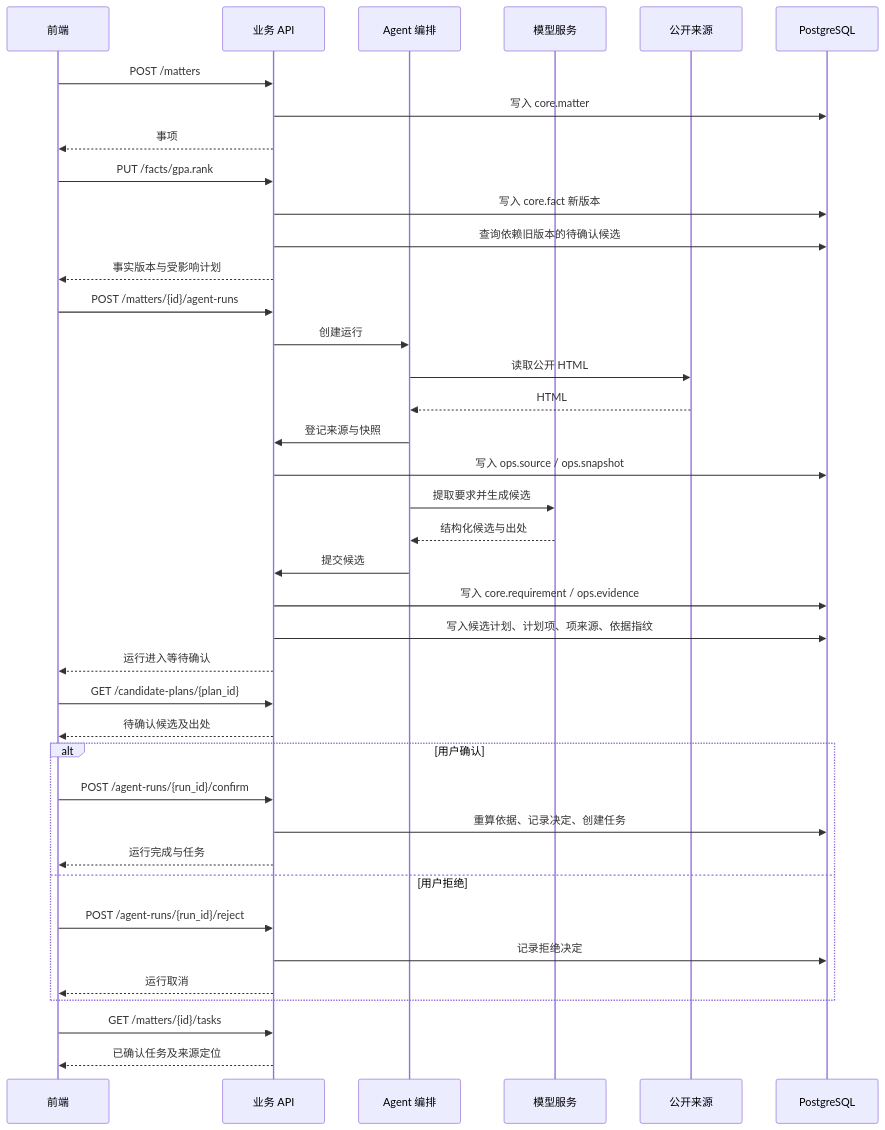
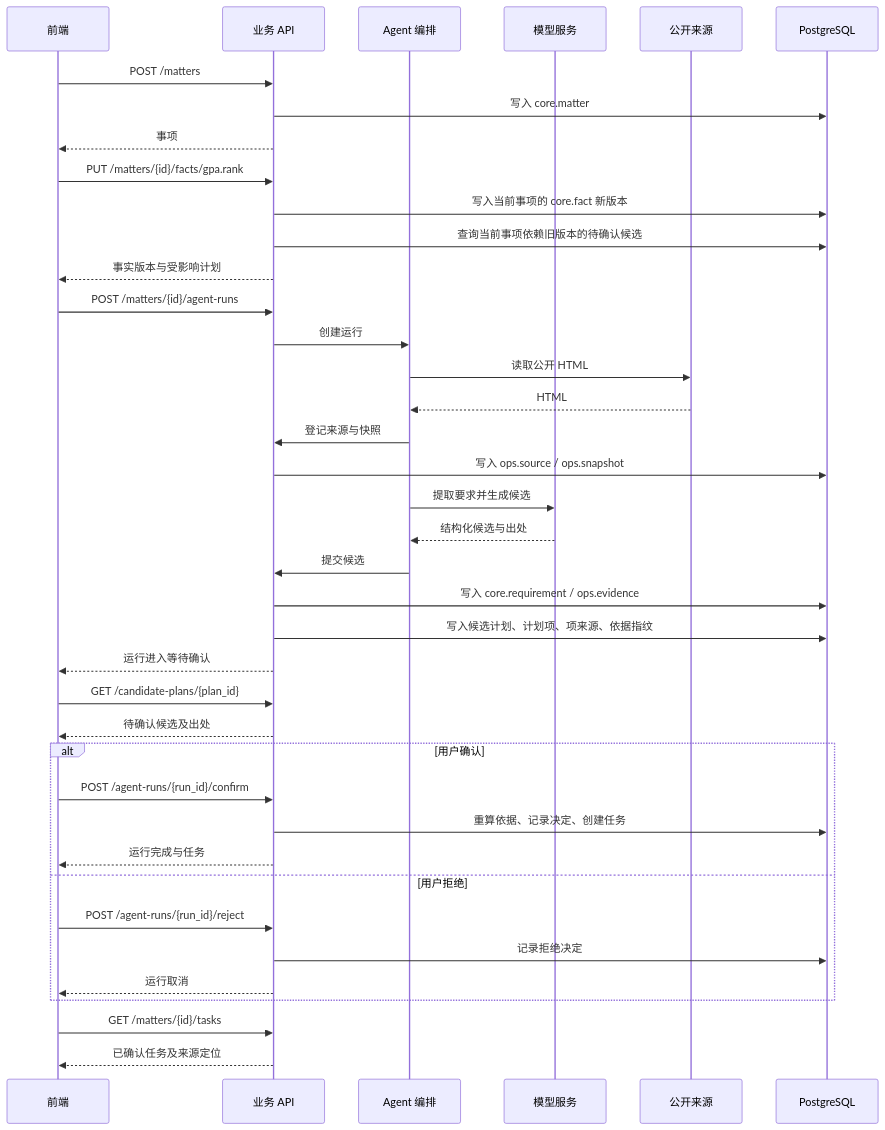
Before and after one commit to LotteryCamp/OfferPilot: the diagram in docs/backend/api.md, drawn with Mermaid. The commit also changed other lines of this file and 13 other files, not shown here.

Commit message:
feat: separate personal facts into matters

````diff
--- a/docs/backend/api.md
+++ b/docs/backend/api.md
@@ -99,47 +99,47 @@
 ```mermaid
 sequenceDiagram
     participant Client as 前端
     participant API as 业务 API
     participant Agent as Agent 编排
     participant Model as 模型服务
     participant Web as 公开来源
     participant DB as PostgreSQL
 
     Client->>API: POST /matters
     API->>DB: 写入 core.matter
     API-->>Client: 事项
 
-    Client->>API: PUT /facts/gpa.rank
-    API->>DB: 写入 core.fact 新版本
-    API->>DB: 查询依赖旧版本的待确认候选
+    Client->>API: PUT /matters/{id}/facts/gpa.rank
+    API->>DB: 写入当前事项的 core.fact 新版本
+    API->>DB: 查询当前事项依赖旧版本的待确认候选
     API-->>Client: 事实版本与受影响计划
 
     Client->>API: POST /matters/{id}/agent-runs
     API->>Agent: 创建运行
     Agent->>Web: 读取公开 HTML
     Web-->>Agent: HTML
     Agent->>API: 登记来源与快照
     API->>DB: 写入 ops.source / ops.snapshot
     Agent->>Model: 提取要求并生成候选
     Model-->>Agent: 结构化候选与出处
     Agent->>API: 提交候选
     API->>DB: 写入 core.requirement / ops.evidence
     API->>DB: 写入候选计划、计划项、项来源、依据指纹
     API-->>Client: 运行进入等待确认
 
     Client->>API: GET /candidate-plans/{plan_id}
     API-->>Client: 待确认候选及出处
 
     alt 用户确认
         Client->>API: POST /agent-runs/{run_id}/confirm
         API->>DB: 重算依据、记录决定、创建任务
         API-->>Client: 运行完成与任务
     else 用户拒绝
         Client->>API: POST /agent-runs/{run_id}/reject
         API->>DB: 记录拒绝决定
         API-->>Client: 运行取消
     end
 
     Client->>API: GET /matters/{id}/tasks
     API-->>Client: 已确认任务及来源定位
 ```
````
